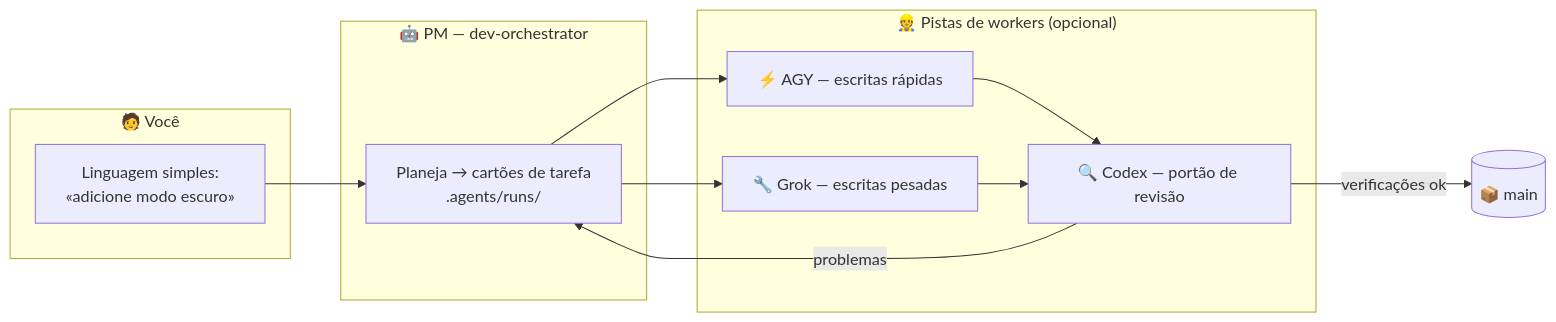
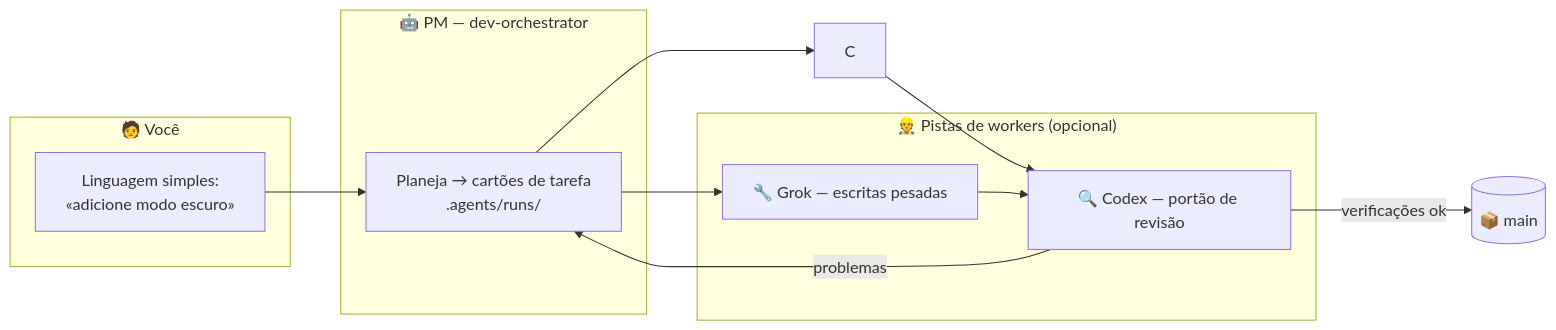
The diagram in README.pt-BR.md (VKirill/claude-lane-stack), drawn with Mermaid before and after one commit. The commit also changed other lines of this file and 57 other files, not shown here.

````diff
--- a/README.pt-BR.md
+++ b/README.pt-BR.md
@@ -92,19 +91,18 @@
 ```mermaid
 flowchart LR
     subgraph you ["🧑 Você"]
         A["Linguagem simples:<br/>«adicione modo escuro»"]
     end
     subgraph pm ["🤖 PM — dev-orchestrator"]
         B["Planeja → cartões de tarefa<br/>.agents/runs/"]
     end
     subgraph lanes ["👷 Pistas de workers (opcional)"]
-        C["⚡ AGY — escritas rápidas"]
         D["🔧 Grok — escritas pesadas"]
         E["🔍 Codex — portão de revisão"]
     end
     A --> B
     B --> C & D
     C & D --> E
     E -->|verificações ok| F[("📦 main")]
     E -->|problemas| B
 ```
````
